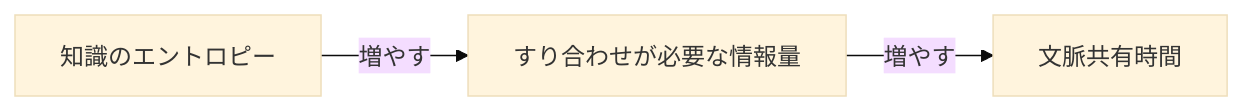
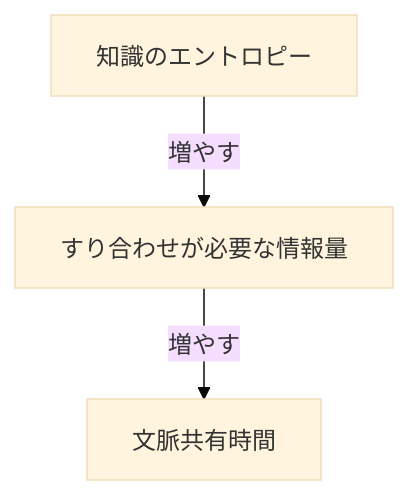
The first of 8 diagrams in apps/kosui-me/src/content/posts/2026-04-29-knowledge-entropy-and-normative-layer.mdx (iwasa-kosui/monorepo), drawn with Mermaid (base theme) before and after one commit. The commit also changed other lines of this file and 5 other files, not shown here.

First line of the commit message:
feat(kosui-me): 知識エントロピー記事に挿絵を追加し因果ループ図を簡素化 (#410)

````diff
--- a/apps/kosui-me/src/content/posts/2026-04-29-knowledge-entropy-and-normative-layer.mdx
+++ b/apps/kosui-me/src/content/posts/2026-04-29-knowledge-entropy-and-normative-layer.mdx
@@ -28,8 +28,8 @@
 ```mermaid
-flowchart LR
+flowchart TD
     A1["知識のエントロピー"]
     B["すり合わせが必要な情報量"]
     C["文脈共有時間"]
     A1 -->|増やす| B
     B -->|増やす| C
 ```
````
